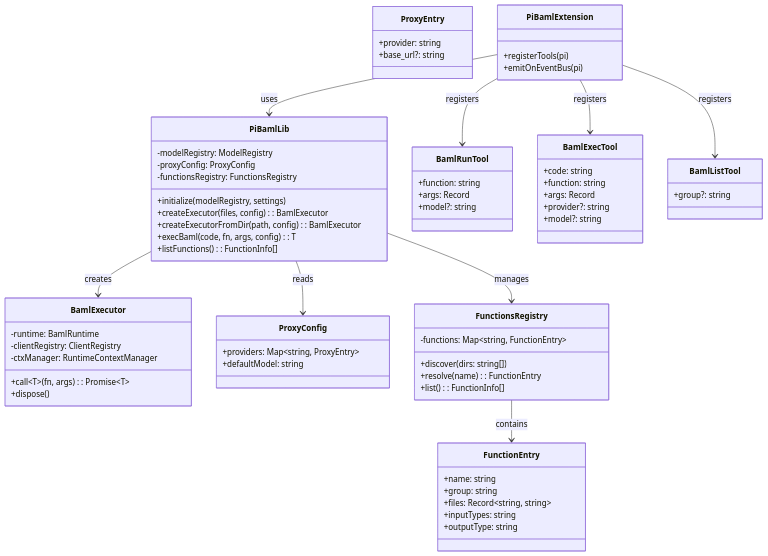
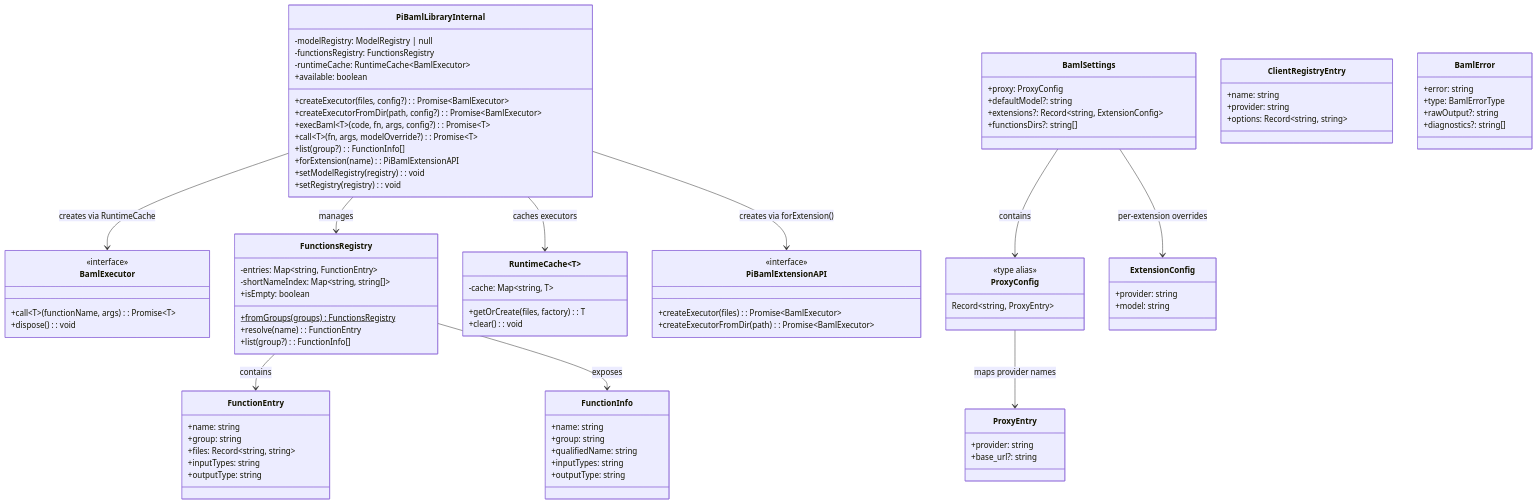
The diagram in spdd/prompt/pi-baml.md (PedroKlein/pi-baml), drawn with Mermaid before and after one commit. The commit also changed other lines of this file and 42 other files, not shown here.

````diff
--- a/spdd/prompt/pi-baml.md
+++ b/spdd/prompt/pi-baml.md
@@ -26,27 +28,42 @@
 ```mermaid
 classDiagram
-    class PiBamlLib {
-        -modelRegistry: ModelRegistry
-        -proxyConfig: ProxyConfig
+    class PiBamlLibraryInternal {
+        -modelRegistry: ModelRegistry | null
         -functionsRegistry: FunctionsRegistry
-        +initialize(modelRegistry, settings)
-        +createExecutor(files, config): BamlExecutor
-        +createExecutorFromDir(path, config): BamlExecutor
-        +execBaml(code, fn, args, config): T
-        +listFunctions(): FunctionInfo[]
+        -runtimeCache: RuntimeCache~BamlExecutor~
+        +available: boolean
+        +createExecutor(files, config?): Promise~BamlExecutor~
+        +createExecutorFromDir(path, config?): Promise~BamlExecutor~
+        +execBaml~T~(code, fn, args, config?): Promise~T~
+        +call~T~(fn, args, modelOverride?): Promise~T~
+        +list(group?): FunctionInfo[]
+        +forExtension(name): PiBamlExtensionAPI
+        +setModelRegistry(registry): void
+        +setRegistry(registry): void
     }
 
     class BamlExecutor {
-        -runtime: BamlRuntime
-        -clientRegistry: ClientRegistry
-        -ctxManager: RuntimeContextManager
-        +call~T~(fn, args): Promise~T~
-        +dispose()
+        <<interface>>
+        +call~T~(functionName, args): Promise~T~
+        +dispose(): void
+    }
+
+    class RuntimeCache~T~ {
+        -cache: Map~string, T~
+        +getOrCreate(files, factory): T
+        +clear(): void
+    }
+
+    class BamlSettings {
+        +proxy: ProxyConfig
+        +defaultModel?: string
+        +extensions?: Record~string, ExtensionConfig~
+        +functionsDirs?: string[]
     }
 
     class ProxyConfig {
-        +providers: Map~string, ProxyEntry~
-        +defaultModel: string
+        <<type alias>>
+        Record~string, ProxyEntry~
     }
 
     class ProxyEntry {
@@ -54,11 +71,18 @@
         +base_url?: string
     }
 
+    class ExtensionConfig {
+        +provider: string
+        +model: string
+    }
+
     class FunctionsRegistry {
-        -functions: Map~string, FunctionEntry~
-        +discover(dirs: string[])
+        -entries: Map~string, FunctionEntry~
+        -shortNameIndex: Map~string, string[]~
+        +fromGroups(groups)$ FunctionsRegistry
         +resolve(name): FunctionEntry
-        +list(): FunctionInfo[]
+        +list(group?): FunctionInfo[]
+        +isEmpty: boolean
     }
 
     class FunctionEntry {
@@ -69,35 +93,40 @@
         +outputType: string
     }
 
-    class PiBamlExtension {
-        +registerTools(pi)
-        +emitOnEventBus(pi)
+    class FunctionInfo {
+        +name: string
+        +group: string
+        +qualifiedName: string
+        +inputTypes: string
+        +outputType: string
     }
 
-    class BamlRunTool {
-        +function: string
-        +args: Record
-        +model?: string
+    class ClientRegistryEntry {
+        +name: string
+        +provider: string
+        +options: Record~string, string~
     }
 
-    class BamlExecTool {
-        +code: string
-        +function: string
-        +args: Record
-        +provider?: string
-        +model?: string
+    class BamlError {
+        +error: string
+        +type: BamlErrorType
+        +rawOutput?: string
+        +diagnostics?: string[]
     }
 
-    class BamlListTool {
-        +group?: string
+    class PiBamlExtensionAPI {
+        <<interface>>
+        +createExecutor(files): Promise~BamlExecutor~
+        +createExecutorFromDir(path): Promise~BamlExecutor~
     }
 
-    PiBamlLib --> BamlExecutor : creates
-    PiBamlLib --> ProxyConfig : reads
-    PiBamlLib --> FunctionsRegistry : manages
+    PiBamlLibraryInternal --> BamlExecutor : creates via RuntimeCache
+    PiBamlLibraryInternal --> FunctionsRegistry : manages
+    PiBamlLibraryInternal --> RuntimeCache : caches executors
+    PiBamlLibraryInternal --> PiBamlExtensionAPI : creates via forExtension()
     FunctionsRegistry --> FunctionEntry : contains
-    PiBamlExtension --> PiBamlLib : uses
-    PiBamlExtension --> BamlRunTool : registers
-    PiBamlExtension --> BamlExecTool : registers
-    PiBamlExtension --> BamlListTool : registers
+    FunctionsRegistry --> FunctionInfo : exposes
+    BamlSettings --> ProxyConfig : contains
+    BamlSettings --> ExtensionConfig : per-extension overrides
+    ProxyConfig --> ProxyEntry : maps provider names
 ```
````
